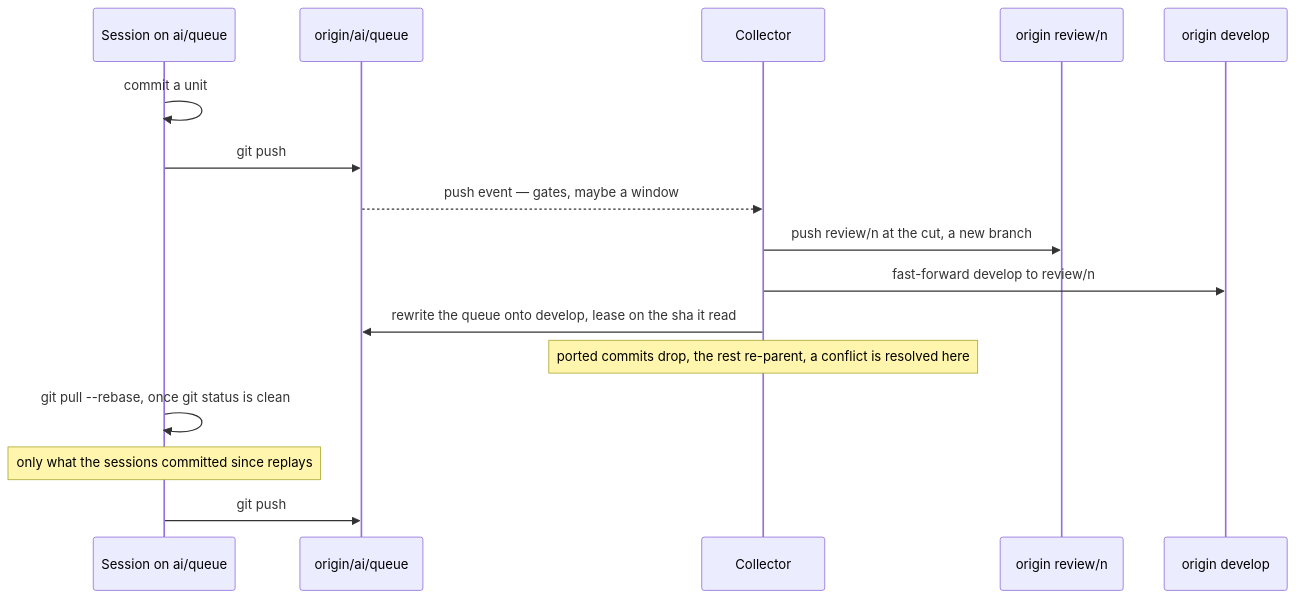
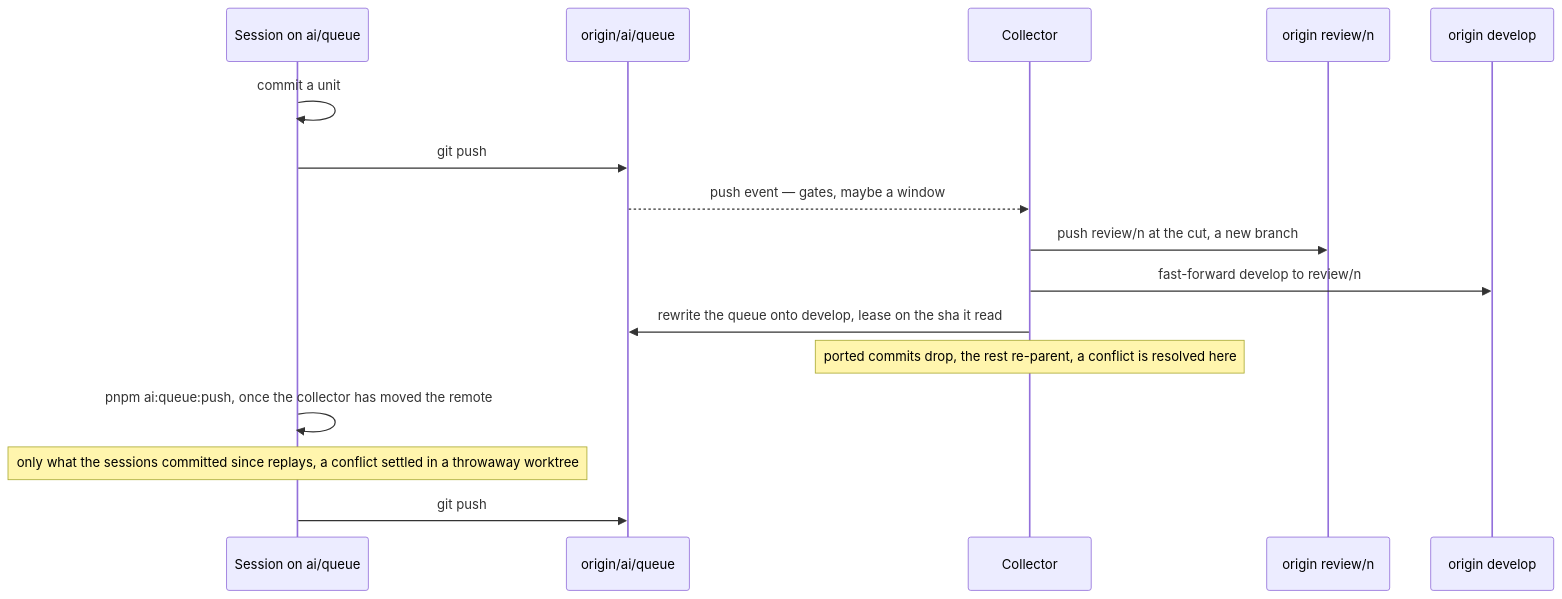
The diagram in apps/web/content/docs/infra/review-collector/two-writers.md (Esposter/Esposter), drawn with Mermaid before and after one commit. The commit also changed other lines of this file and 13 other files, not shown here.

First line of the commit message:
feat(scripts): the queue push settles a replay's conflict in a haiku session in its worktree, waiting only on a stop neither the lockfile rebuild nor that session settles

````diff
--- a/apps/web/content/docs/infra/review-collector/two-writers.md
+++ b/apps/web/content/docs/infra/review-collector/two-writers.md
@@ -22,18 +22,18 @@
 ```mermaid
 sequenceDiagram
   participant S as Session on ai/queue
   participant Q as origin/ai/queue
   participant C as Collector
   participant W as origin review/n
   participant D as origin develop
   S->>S: commit a unit
   S->>Q: git push
   Q-->>C: push event — gates, maybe a window
   C->>W: push review/n at the cut, a new branch
   C->>D: fast-forward develop to review/n
   C->>Q: rewrite the queue onto develop, lease on the sha it read
   Note over C: ported commits drop, the rest re-parent, a conflict is resolved here
-  S->>S: git pull --rebase, once git status is clean
-  Note over S: only what the sessions committed since replays
+  S->>S: pnpm ai:queue:push, once the collector has moved the remote
+  Note over S: only what the sessions committed since replays, a conflict settled in a throwaway worktree
   S->>Q: git push
 ```
````
